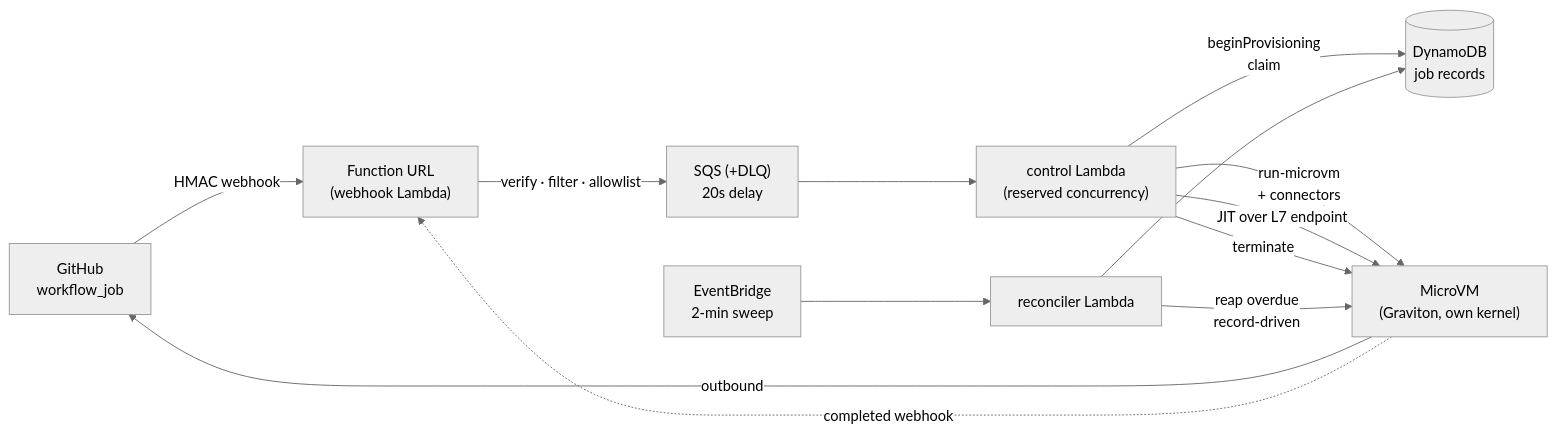
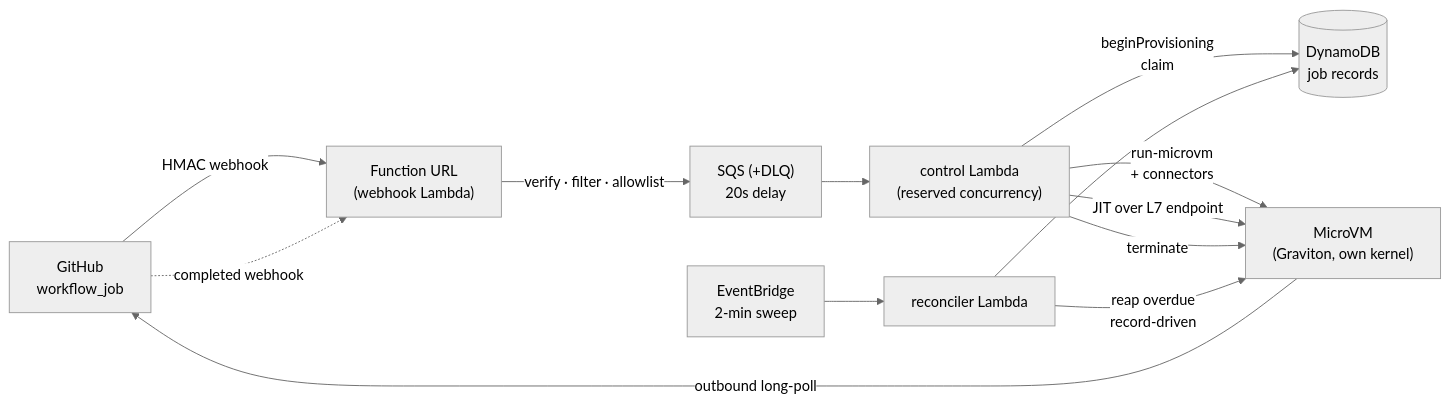
Before and after one commit to mikeng-io/mayfly: the diagram in README.md, drawn with Mermaid (neutral theme). The commit also changed other lines of this file and 5 other files, not shown here.

````diff
--- a/README.md
+++ b/README.md
@@ -13,15 +13,15 @@
 ```mermaid
 flowchart LR
   GH["GitHub<br/>workflow_job"] -->|HMAC webhook| FU["Function URL<br/>(webhook Lambda)"]
   FU -->|verify · filter · allowlist| SQS["SQS (+DLQ)<br/>20s delay"]
   SQS --> CTL["control Lambda<br/>(reserved concurrency)"]
   CTL -->|beginProvisioning<br/>claim| DDB[("DynamoDB<br/>job records")]
   CTL -->|run-microvm<br/>+ connectors| MV["MicroVM<br/>(Graviton, own kernel)"]
   CTL -->|JIT over L7 endpoint| MV
-  MV -->|outbound| GH
-  MV -.->|completed webhook| FU
+  MV -->|outbound long-poll| GH
+  GH -.->|completed webhook| FU
   CTL -->|terminate| MV
   SCHED["EventBridge<br/>2-min sweep"] --> REC["reconciler Lambda"]
   REC -->|reap overdue<br/>record-driven| MV
   REC --> DDB
 ```
````
